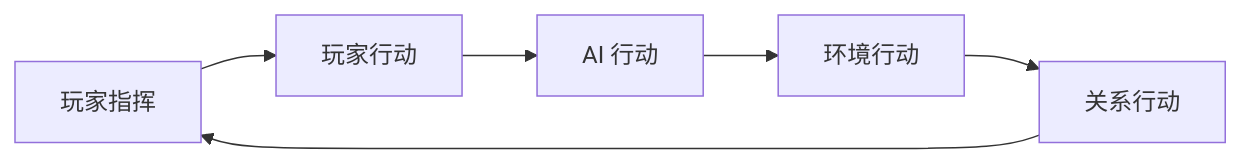
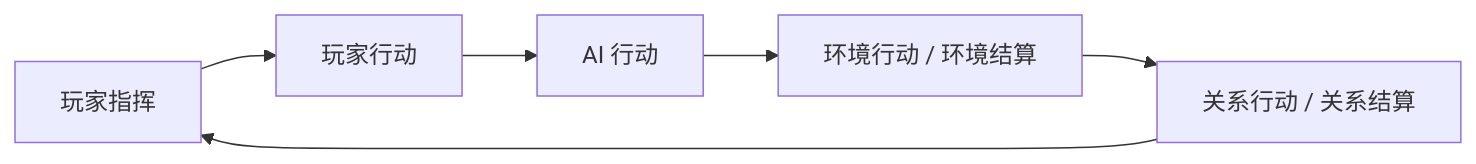
One commit to Estrella6066773/DriveToLight changed the first of 3 diagrams in Docs/02-系统设计/07-玩法循环/回合与行动表.md. Above: the diagram before and after it, drawn with Mermaid. The commit also changed other lines of this file and 7 other files, not shown here.

````diff
--- a/Docs/02-系统设计/07-玩法循环/回合与行动表.md
+++ b/Docs/02-系统设计/07-玩法循环/回合与行动表.md
@@ -49,8 +52,8 @@
 ```mermaid
 flowchart LR
     A[玩家指挥] --> B[玩家行动]
     B --> C[AI 行动]
-    C --> D[环境行动]
-    D --> E[关系行动]
+    C --> D[环境行动 / 环境结算]
+    D --> E[关系行动 / 关系结算]
     E --> A
 ```
````
